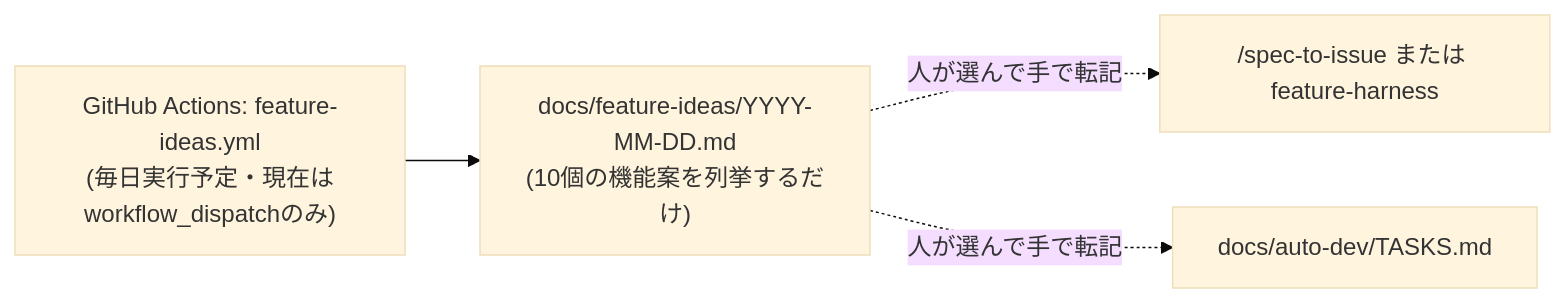
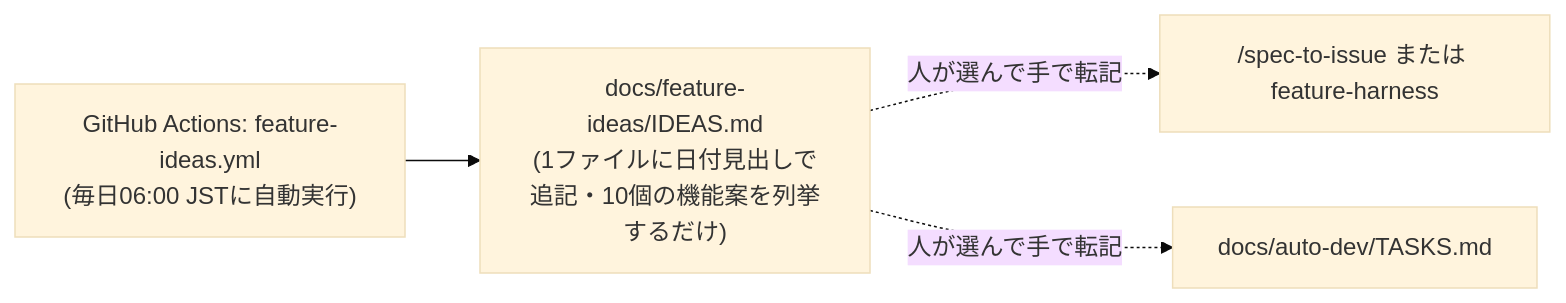
Before and after one commit to djpmj/refactor-blocks: the second of 3 diagrams in docs/DEVELOPMENT.md, drawn with Mermaid (base theme). The commit also changed other lines of this file and 15 other files, not shown here.

````diff
--- a/docs/DEVELOPMENT.md
+++ b/docs/DEVELOPMENT.md
@@ -50,7 +47,7 @@
 ```mermaid
 flowchart LR
-    Cron["GitHub Actions: feature-ideas.yml<br/>(毎日実行予定・現在はworkflow_dispatchのみ)"]
-    Cron --> Ideas["docs/feature-ideas/YYYY-MM-DD.md<br/>(10個の機能案を列挙するだけ)"]
+    Cron["GitHub Actions: feature-ideas.yml<br/>(毎日06:00 JSTに自動実行)"]
+    Cron --> Ideas["docs/feature-ideas/IDEAS.md<br/>(1ファイルに日付見出しで追記・10個の機能案を列挙するだけ)"]
     Ideas -.->|"人が選んで手で転記"| SpecToIssue2["/spec-to-issue または feature-harness"]
     Ideas -.->|"人が選んで手で転記"| Tasks2["docs/auto-dev/TASKS.md"]
 ```
````
